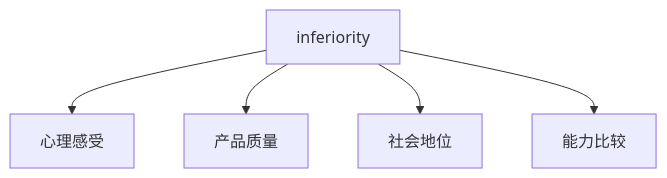
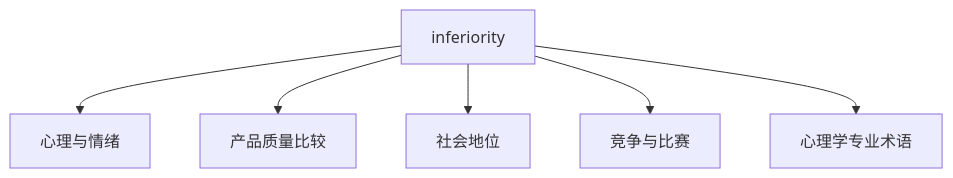
Before and after one commit to seki999/DialogueFlow: the third of 5 diagrams in slides_backup/托业单词/20260630/02.md, drawn with Mermaid. The commit also changed other lines of this file and 28 other files, not shown here.

````diff
--- a/slides_backup/托业单词/20260630/02.md
+++ b/slides_backup/托业单词/20260630/02.md
@@ -53,7 +59,8 @@
 ```mermaid
 flowchart TD
-    A[inferiority] --> B[心理感受]
-    A --> C[产品质量]
+    A[inferiority] --> B[心理与情绪]
+    A --> C[产品质量比较]
     A --> D[社会地位]
-    A --> E[能力比较]
+    A --> E[竞争与比赛]
+    A --> F[心理学专业术语]
 ```
````
